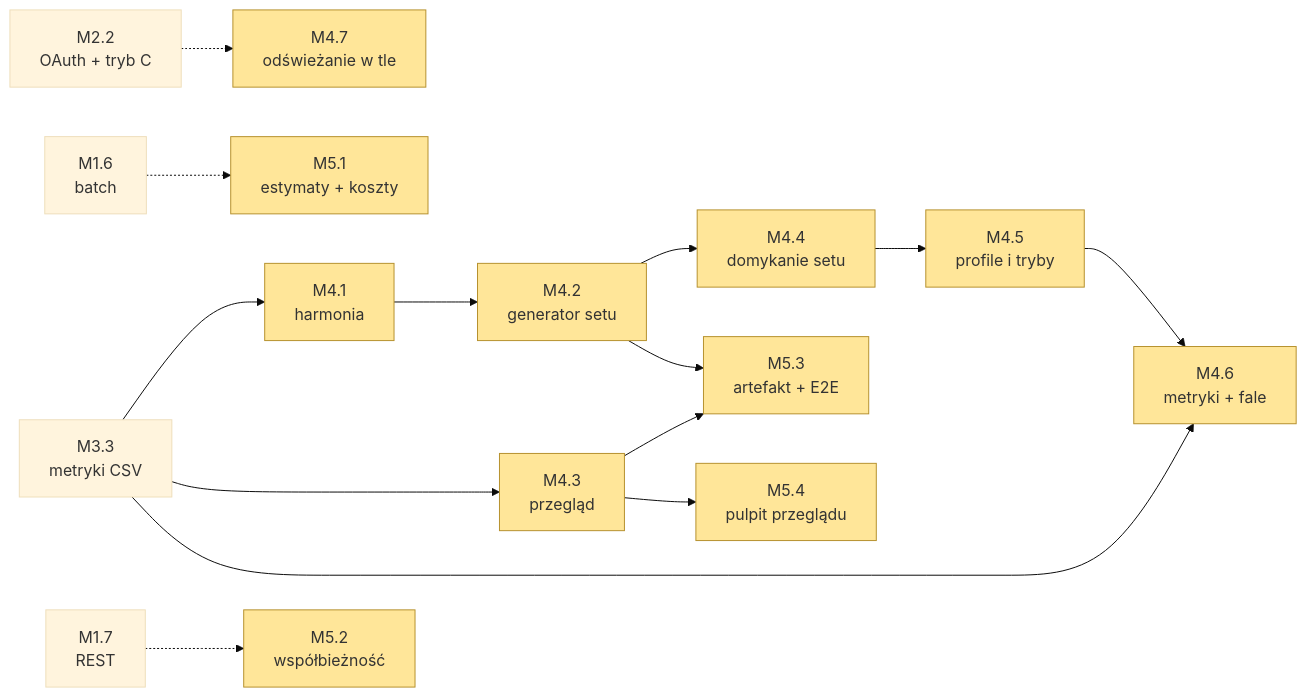
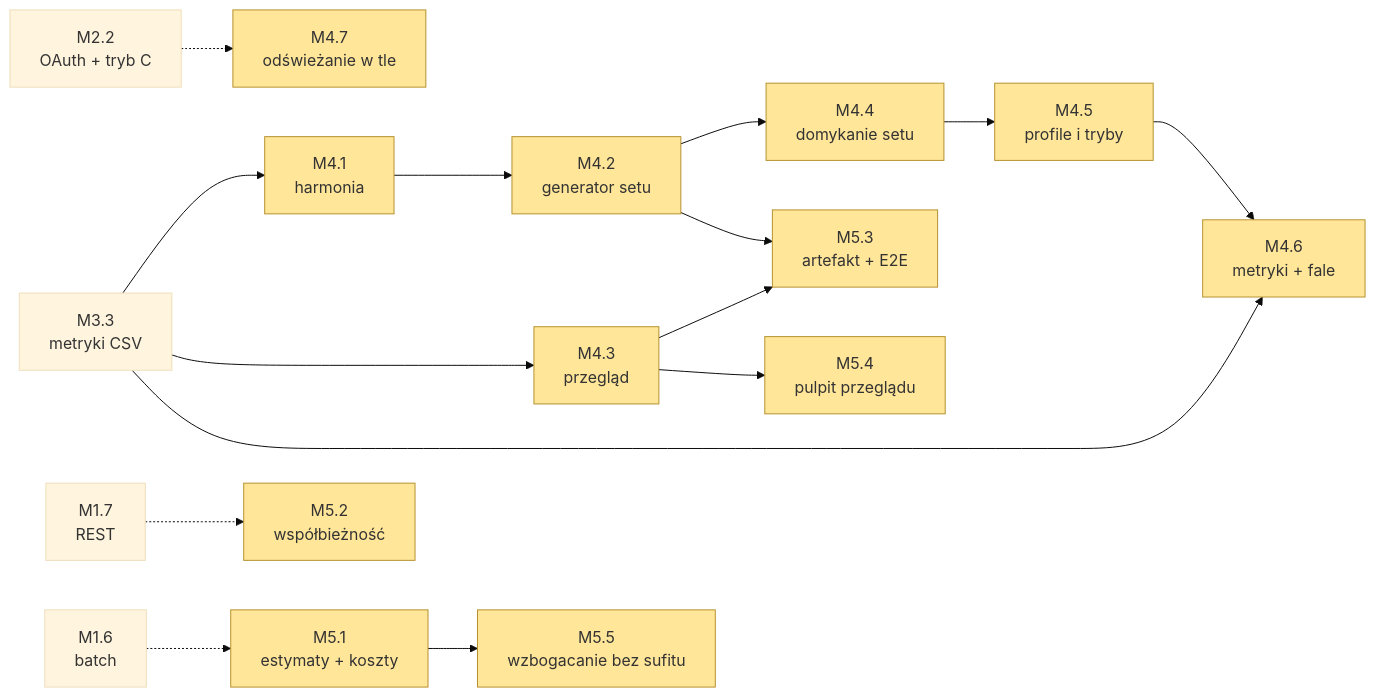
Before and after one commit to pgoogol/music-view: the third of 3 diagrams in docs/PLAN.md, drawn with Mermaid (base theme). The commit also changed other lines of this file and 29 other files, not shown here.

````diff
--- a/docs/PLAN.md
+++ b/docs/PLAN.md
@@ -658,16 +681,17 @@
 ```mermaid
 flowchart LR
     M33[M3.3<br/>metryki CSV] --> M41[M4.1<br/>harmonia] & M43[M4.3<br/>przegląd]
     M41 --> M42[M4.2<br/>generator setu]
     M42 --> M44[M4.4<br/>domykanie setu] --> M45[M4.5<br/>profile i tryby]
     M45 --> M46[M4.6<br/>metryki + fale]
     M33 --> M46
     M22[M2.2<br/>OAuth + tryb C] -.-> M47[M4.7<br/>odświeżanie w tle]
     M16[M1.6<br/>batch] -.-> M51[M5.1<br/>estymaty + koszty]
     M17[M1.7<br/>REST] -.-> M52[M5.2<br/>współbieżność]
     M42 & M43 --> M53[M5.3<br/>artefakt + E2E]
     M43 --> M54[M5.4<br/>pulpit przeglądu]
+    M51 --> M55[M5.5<br/>wzbogacanie bez sufitu]
 
     classDef plan fill:#FFE699,stroke:#B6912E
-    class M41,M42,M43,M44,M45,M46,M47,M51,M52,M53,M54 plan
+    class M41,M42,M43,M44,M45,M46,M47,M51,M52,M53,M54,M55 plan
 ```
````
